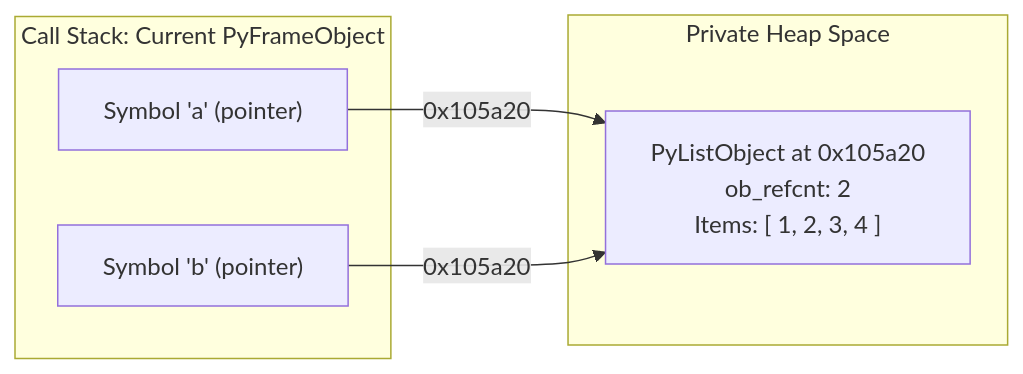
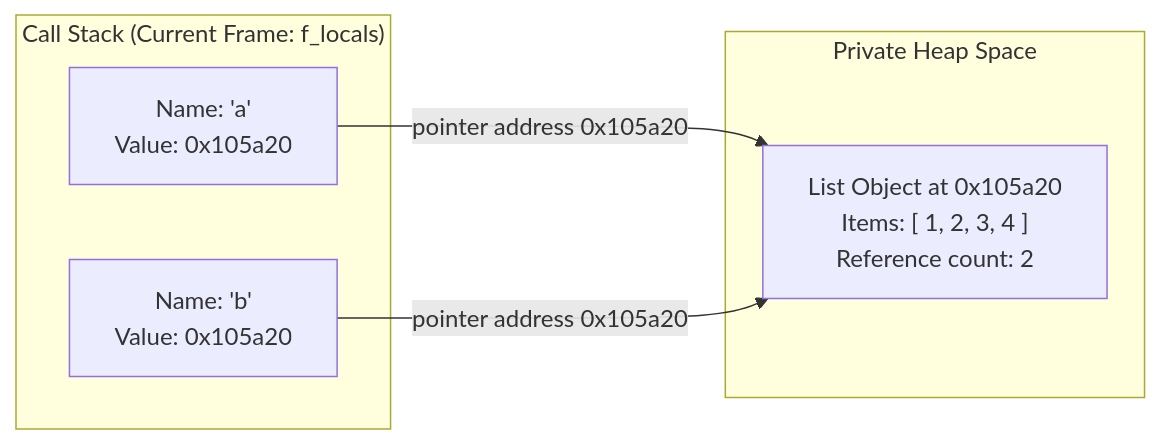
One commit to AchuAshwath/Cthru-Python changed the diagram in src/content/docs/foundations/mental-model.mdx. Above: the diagram before and after it, drawn with Mermaid. The commit also changed other lines of this file and 3 other files, not shown here.

````diff
--- a/src/content/docs/foundations/mental-model.mdx
+++ b/src/content/docs/foundations/mental-model.mdx
@@ -34,14 +86,14 @@
 ```mermaid
 flowchart LR
-    subgraph Stack["Call Stack: Current PyFrameObject"]
-        varA["Symbol 'a' (pointer)"]
-        varB["Symbol 'b' (pointer)"]
+    subgraph Stack["Call Stack (Current Frame: f_locals)"]
+        varA["Name: 'a'<br/>Value: 0x105a20"]
+        varB["Name: 'b'<br/>Value: 0x105a20"]
     end
 
     subgraph Heap["Private Heap Space"]
-        listObj["PyListObject at 0x105a20<br/>ob_refcnt: 2<br/>Items: [ 1, 2, 3, 4 ]"]
+        listObj["List Object at 0x105a20<br/>Items: [ 1, 2, 3, 4 ]<br/>Reference count: 2"]
     end
 
-    varA -->|0x105a20| listObj
-    varB -->|0x105a20| listObj
+    varA -->|pointer address 0x105a20| listObj
+    varB -->|pointer address 0x105a20| listObj
 ```
````
